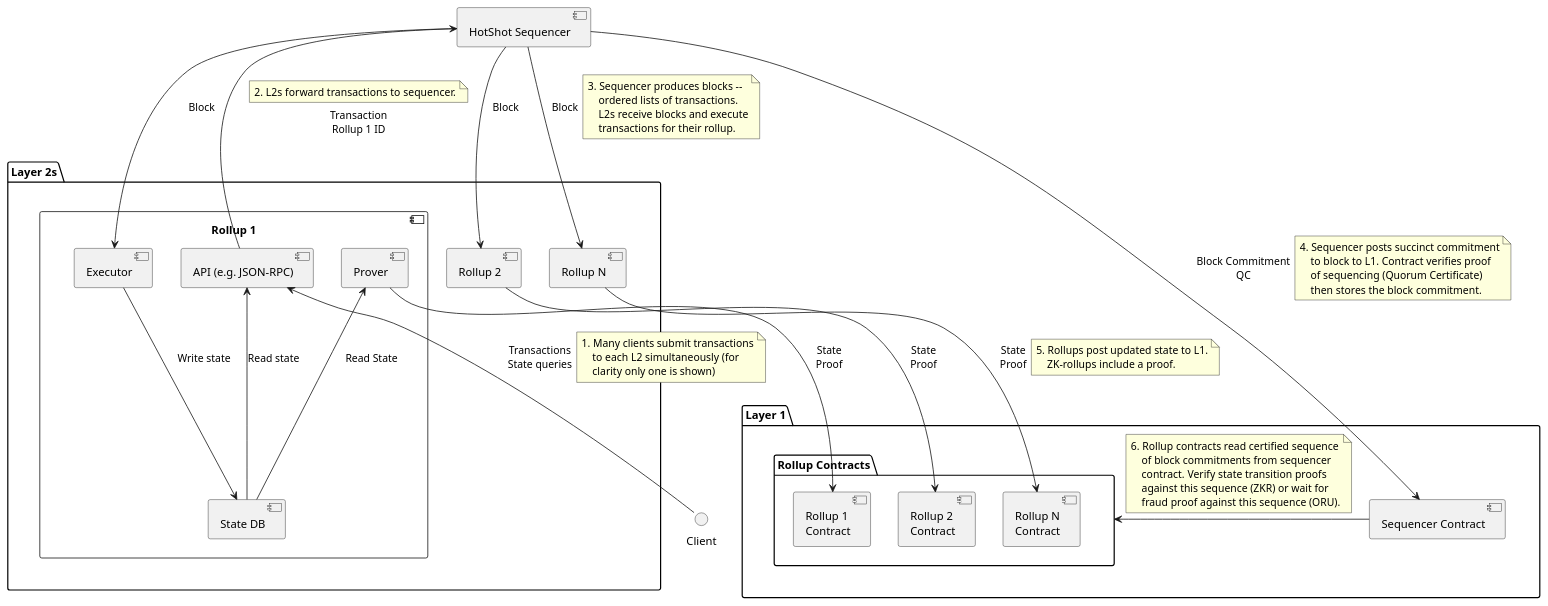
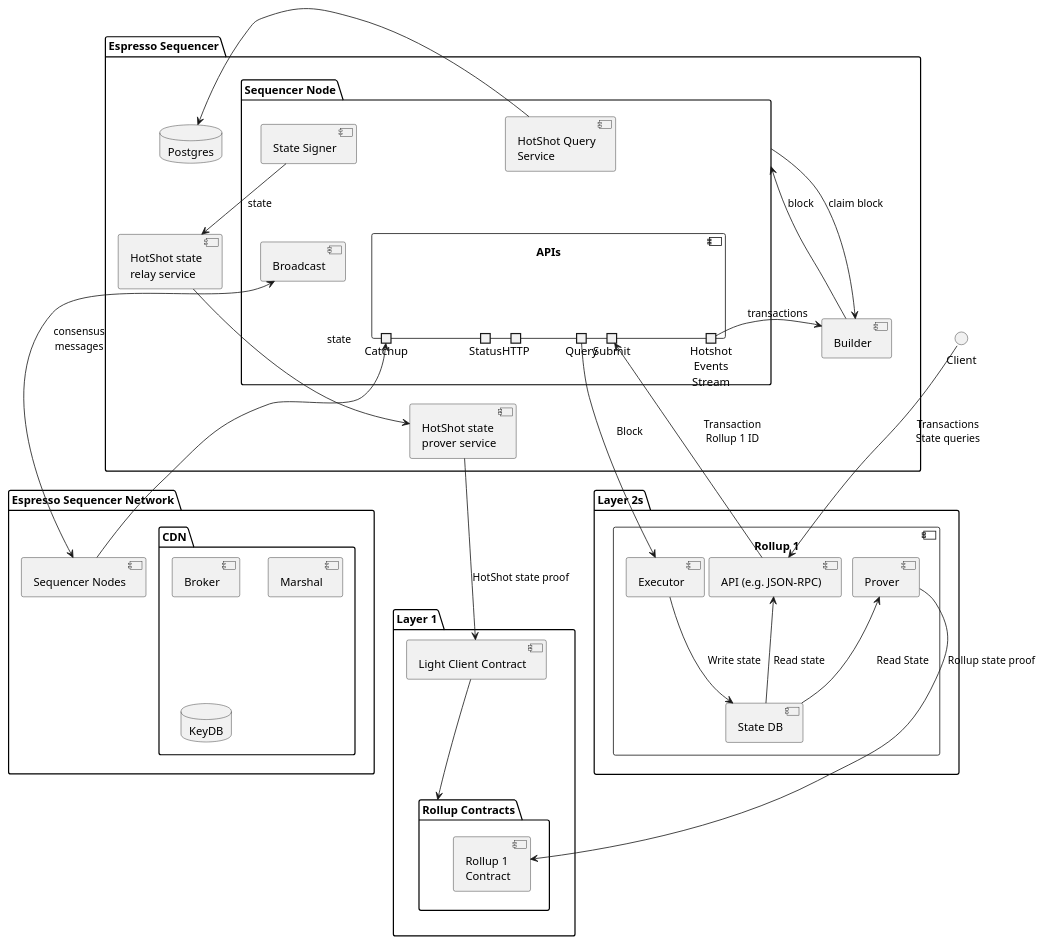
The diagram in doc/architecture.puml (EspressoSystems/espresso-sequencer), drawn with PlantUML before and after one commit. The commit also changed 1 other file, not shown here.

Commit message:
Update architecture diagram
Work in progress to get feedback

```diff
--- a/doc/architecture.puml
+++ b/doc/architecture.puml
@@ -1,82 +1,130 @@
 @startuml
-component "HotShot Sequencer" as Seq
+package "Espresso Sequencer Network" as Network {
+    component "Sequencer Nodes" as Nodes
+    package CDN {
+        component Broker
+        component Marshal
+        database KeyDB
+    }
+}
+
+package "Espresso Sequencer" as Espresso {
+    database "Postgres" as DB
+    package "Sequencer Node" as Seq {
+        component "HotShot Query\nService" as QS {
+        }
+        component "APIs" {
+            portout HTTP
+            portout Query
+            portout Catchup
+            portout Status
+            portout Submit
+            portout "Hotshot\nEvents\nStream" as Events
+        }
+        component Broadcast
+        component "State Signer" as Signer {
+        }
+    }
+    component "HotShot state\nprover service" as HSProver
+    component "HotShot state\nrelay service" as Relay
+    component "Builder" as Builder
+}
+
+Nodes -up-> Catchup
+Nodes <-up-> Broadcast: consensus\nmessages
+
+QS -> DB
+'QS -[hidden]left-> Signer
+QS -[hidden]down-> APIs
+Signer -[hidden]down-> Broadcast
+Signer -down-> Relay: state
+Seq -> Builder: claim block
+Relay --> HSProver: state
+
+' Broadcast -> Marshal
+' Broadcast -> Broker
+
+Events -> Builder: transactions
+Builder -left-> Seq: block
+
 package "Layer 2s" as L2 {
     component "Rollup 1" as L2_1 {
         component "API (e.g. JSON-RPC)" as L2_1_RPC
         component Executor as L2_1_Exec
         component Prover as L2_1_Prover
         component "State DB" as L2_1_State
     }
-    component "Rollup 2" as L2_2
-    component "Rollup N" as L2_N
+    ' component "Rollup 2" as L2_2
+    ' component "Rollup N" as L2_N
 }
 package "Layer 1" as L1 {
-    component "Sequencer Contract" as Seq_L1
+    component "Light Client Contract" as LC_L1
     package "Rollup Contracts" as L2_L1 {
         component "Rollup 1\nContract" as L2_1_L1
-        component "Rollup 2\nContract" as L2_2_L1
-        component "Rollup N\nContract" as L2_N_L1
+        ' component "Rollup 2\nContract" as L2_2_L1
+        ' component "Rollup N\nContract" as L2_N_L1
     }
 }
 
-Client -up-> L2_1_RPC : Transactions\nState queries
-note right of link
-1. Many clients submit transactions
-    to each L2 simultaneously (for
-    clarity only one is shown)
-end note
+Client -down-> L2_1_RPC : Transactions\nState queries
+' note right of link
+' 1. Many clients submit transactions
+'     to each L2 simultaneously (for
+'     clarity only one is shown)
+' end note
 
-L2_1_RPC -> Seq : Transaction\nRollup 1 ID
-note top of link
-2. L2s forward transactions to sequencer.
-end note
+L2_1_RPC -down-> Submit : Transaction\nRollup 1 ID
+' note top of link
+' 2. L2s forward transactions to sequencer.
+' end note
 
-Seq -down-> L2_1_Exec : Block
-Seq -down-> L2_2 : Block
-Seq -down-> L2_N : Block
-note right of link
-3. Sequencer produces blocks --
-    ordered lists of transactions.
-    L2s receive blocks and execute
-    transactions for their rollup.
-end note
+Query -down-> L2_1_Exec : Block
+' Query -up-> L2_2 : Block
+' Query -up-> L2_N : Block
+' note right of link
+' 3. Sequencer produces blocks --
+'     ordered lists of transactions.
+'     L2s receive blocks and execute
+'     transactions for their rollup.
+' end note
 
-Seq -down-> Seq_L1 : Block Commitment\nQC
-note right of link
-4. Sequencer posts succinct commitment
-    to block to L1. Contract verifies proof
-    of sequencing (Quorum Certificate)
-    then stores the block commitment.
-end note
+HSProver -down-> LC_L1 : HotShot state proof
+' note right of link
+' 4. Sequencer posts succinct commitment
+'     to block to L1. Contract verifies proof
+'     of sequencing (Quorum Certificate)
+'     then stores the block commitment.
+' end note
 
-L2_1_Prover -> L2_1_L1 : State\nProof
-L2_2 -down-> L2_2_L1 : State\nProof
-L2_N -down-> L2_N_L1 : State\nProof
-note right of link
-5. Rollups post updated state to L1.
-    ZK-rollups include a proof.
-end note
+L2_1_Prover -> L2_1_L1 : Rollup state proof
+' L2_2 -> L2_2_L1 : State\nProof
+' L2_N -> L2_N_L1 : State\nProof
+' note right of link
+' 5. Rollups post updated state to L1.
+'     ZK-rollups include a proof.
+' end note
 
-Seq_L1 -> L2_L1
-note bottom of link
-6. Rollup contracts read certified sequence
-    of block commitments from sequencer
-    contract. Verify state transition proofs
-    against this sequence (ZKR) or wait for
-    fraud proof against this sequence (ORU).
-end note
+LC_L1 -down-> L2_L1
+' note bottom of link
+' 6. Rollup contracts read certified sequence
+'     of block commitments from sequencer
+'     contract. Verify state transition proofs
+'     against this sequence (ZKR) or wait for
+'     fraud proof against this sequence (ORU).
+' end note
 
 ' L2 1 details
 L2_1_RPC <-down- L2_1_State : Read state
 L2_1_Exec -down-> L2_1_State : Write state
 L2_1_Prover <-down- L2_1_State : Read State
 
 ' Layout
-L2_1_RPC -[hidden]r-> L2_1_Exec
-L2_1 -[hidden]r-> L2_2
-L2_2 -[hidden]r-> L2_N
-L2_1_L1 -[hidden]r-> L2_2_L1
-L2_2_L1 -[hidden]r-> L2_N_L1
-L2 -[hidden]d-> L1
-Seq -[hidden]d-> L2
+' L2_1_RPC -[hidden]r-> L2_1_Exec
+' L2_1 -[hidden]r-> L2_2
+' L2_2 -[hidden]r-> L2_N
+' L2_1_L1 -[hidden]r-> L2_2_L1
+' L2_2_L1 -[hidden]r-> L2_N_L1
+' L2 -[hidden]d-> L1
+' Seq -[hidden]u-> L2
+' Seq -[hidden]d-> L1
 @enduml
```
